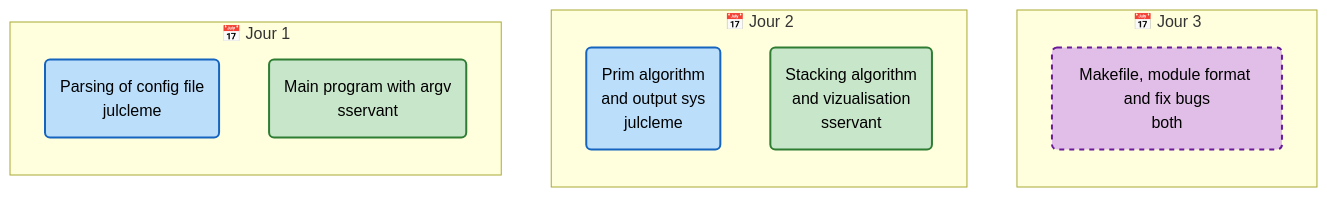
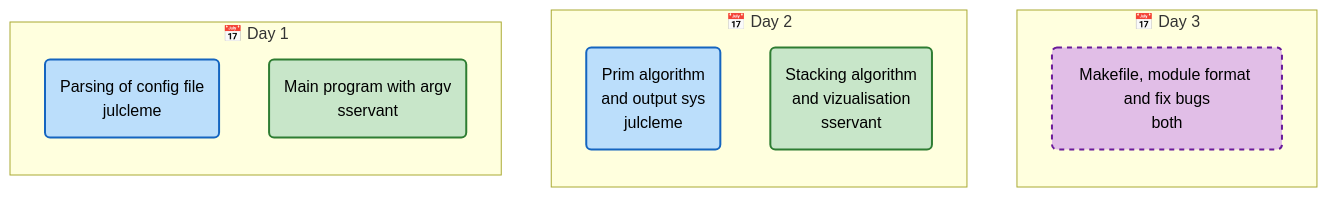
One commit to 0xS4cha/A-Maze-ing changed the second of 2 diagrams in README.md. Above: the diagram before and after it, drawn with Mermaid.

````diff
--- a/README.md
+++ b/README.md
@@ -122,24 +122,24 @@
 ```mermaid
 graph TD
     classDef jul fill:#BBDEFB,stroke:#1565C0,stroke-width:2px,color:black;
     classDef sse fill:#C8E6C9,stroke:#2E7D32,stroke-width:2px,color:black;
     classDef both fill:#E1BEE7,stroke:#6A1B9A,stroke-width:2px,stroke-dasharray: 5 5,color:black;
 
-    subgraph J3 [📅 Jour 3]
+    subgraph J3 [📅 Day 3]
         direction TB
         T6("Makefile, module format and fix bugs</br>both"):::both
     end
 
-    subgraph J2 [📅 Jour 2]
+    subgraph J2 [📅 Day 2]
         direction TB
         T1("Prim algorithm</br>and output sys</br>julcleme"):::jul
         T2("Stacking algorithm</br>and vizualisation</br>sservant"):::sse
     end
 
-    subgraph J1 [📅 Jour 1]
+    subgraph J1 [📅 Day 1]
         direction TB
         T4("Parsing of config file</br>julcleme"):::jul
         T5("Main program with argv</br>sservant"):::sse
 
     end
 ```
````
